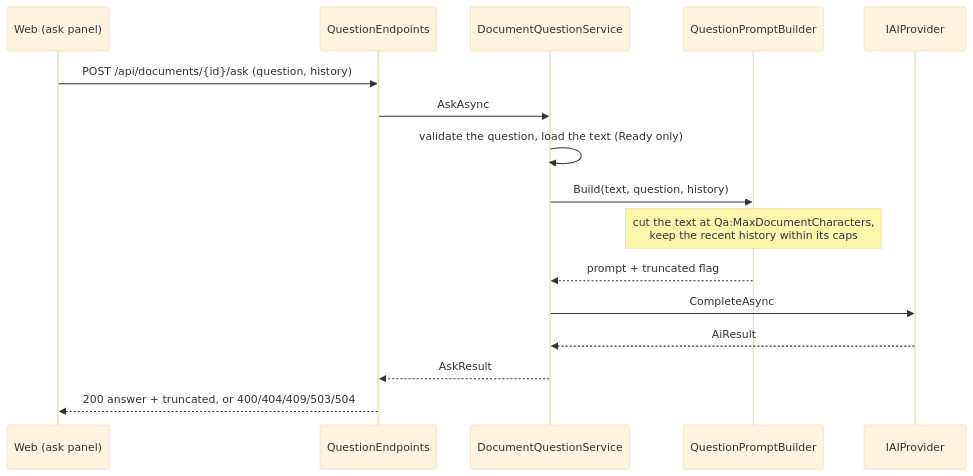
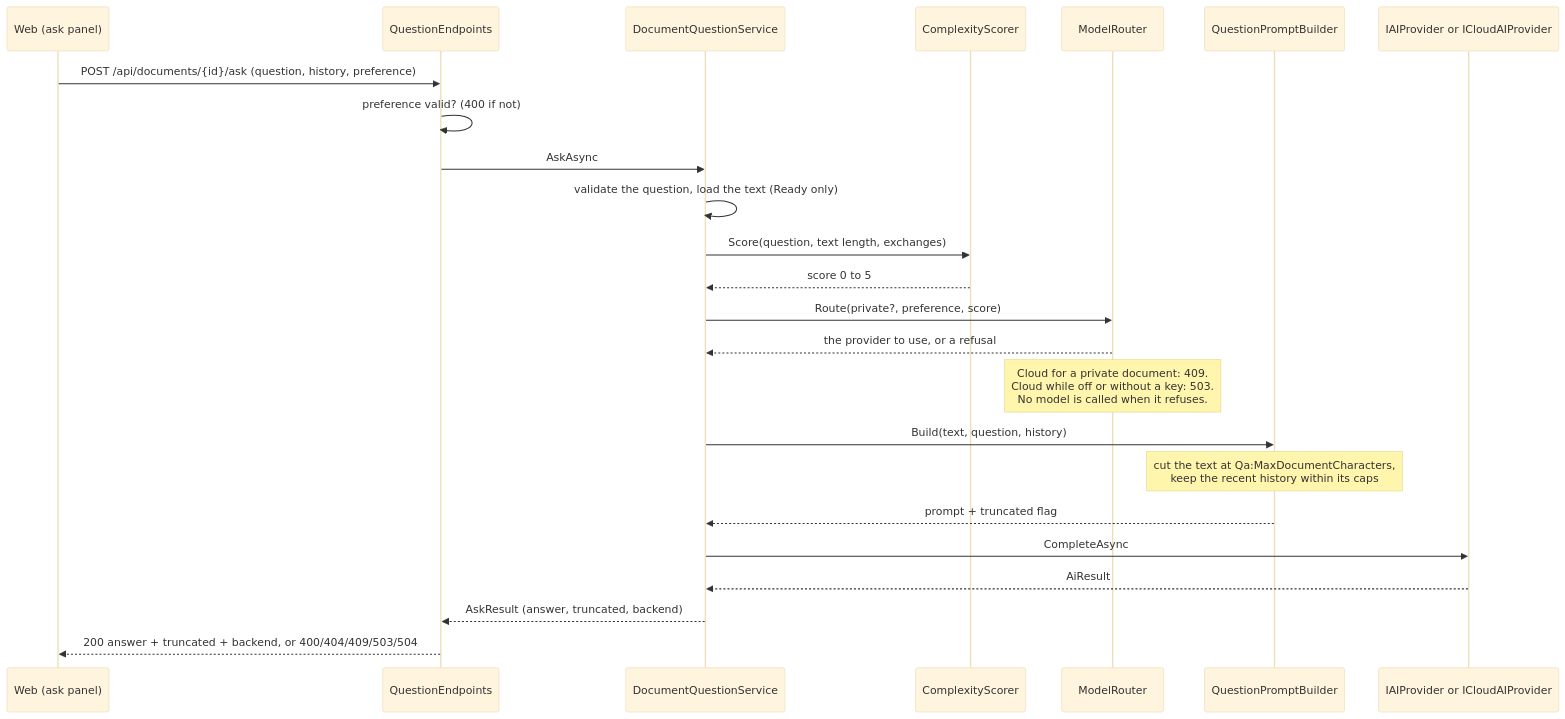
The fourth of 4 diagrams in docs/architecture.md (maurytam/scriptorium), drawn with Mermaid (base theme) before and after one commit. The commit also changed other lines of this file and 3 other files, not shown here.

First line of the commit message:
Document the model router and record the final validation

````diff
--- a/docs/architecture.md
+++ b/docs/architecture.md
@@ -108,18 +111,26 @@
 ```mermaid
 sequenceDiagram
     participant UI as Web (ask panel)
     participant EP as QuestionEndpoints
     participant QS as DocumentQuestionService
+    participant SC as ComplexityScorer
+    participant R as ModelRouter
     participant B as QuestionPromptBuilder
-    participant AI as IAIProvider
-    UI->>EP: POST /api/documents/{id}/ask (question, history)
+    participant AI as IAIProvider or ICloudAIProvider
+    UI->>EP: POST /api/documents/{id}/ask (question, history, preference)
+    EP->>EP: preference valid? (400 if not)
     EP->>QS: AskAsync
     QS->>QS: validate the question, load the text (Ready only)
+    QS->>SC: Score(question, text length, exchanges)
+    SC-->>QS: score 0 to 5
+    QS->>R: Route(private?, preference, score)
+    R-->>QS: the provider to use, or a refusal
+    Note over R: Cloud for a private document: 409.<br/>Cloud while off or without a key: 503.<br/>No model is called when it refuses.
     QS->>B: Build(text, question, history)
     Note over B: cut the text at Qa:MaxDocumentCharacters,<br/>keep the recent history within its caps
     B-->>QS: prompt + truncated flag
     QS->>AI: CompleteAsync
     AI-->>QS: AiResult
-    QS-->>EP: AskResult
-    EP-->>UI: 200 answer + truncated, or 400/404/409/503/504
+    QS-->>EP: AskResult (answer, truncated, backend)
+    EP-->>UI: 200 answer + truncated + backend, or 400/404/409/503/504
 ```
````
